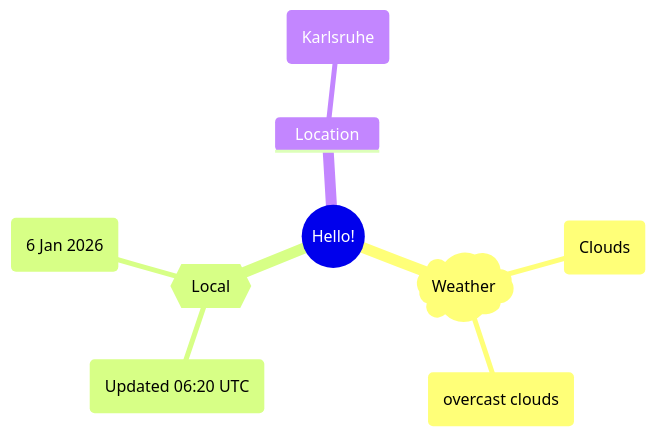
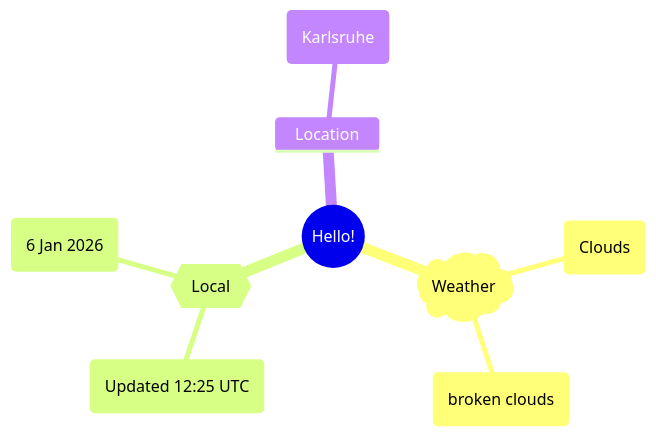
One commit to Xosrov/Xosrov changed the first of 2 diagrams in README.md. Above: the diagram before and after it, drawn with Mermaid.

Commit message:
[bot] updated images

````diff
--- a/README.md
+++ b/README.md
@@ -3,12 +3,12 @@
 ```mermaid
 mindmap
   root((Hello!))
     )Weather(
         (Clouds)
-        (overcast clouds)
+        (broken clouds)
     {{Local}}
-        (Updated 06:20 UTC)
+        (Updated 12:25 UTC)
         (6 Jan 2026)
     Location
         (Karlsruhe)
 ```
````
